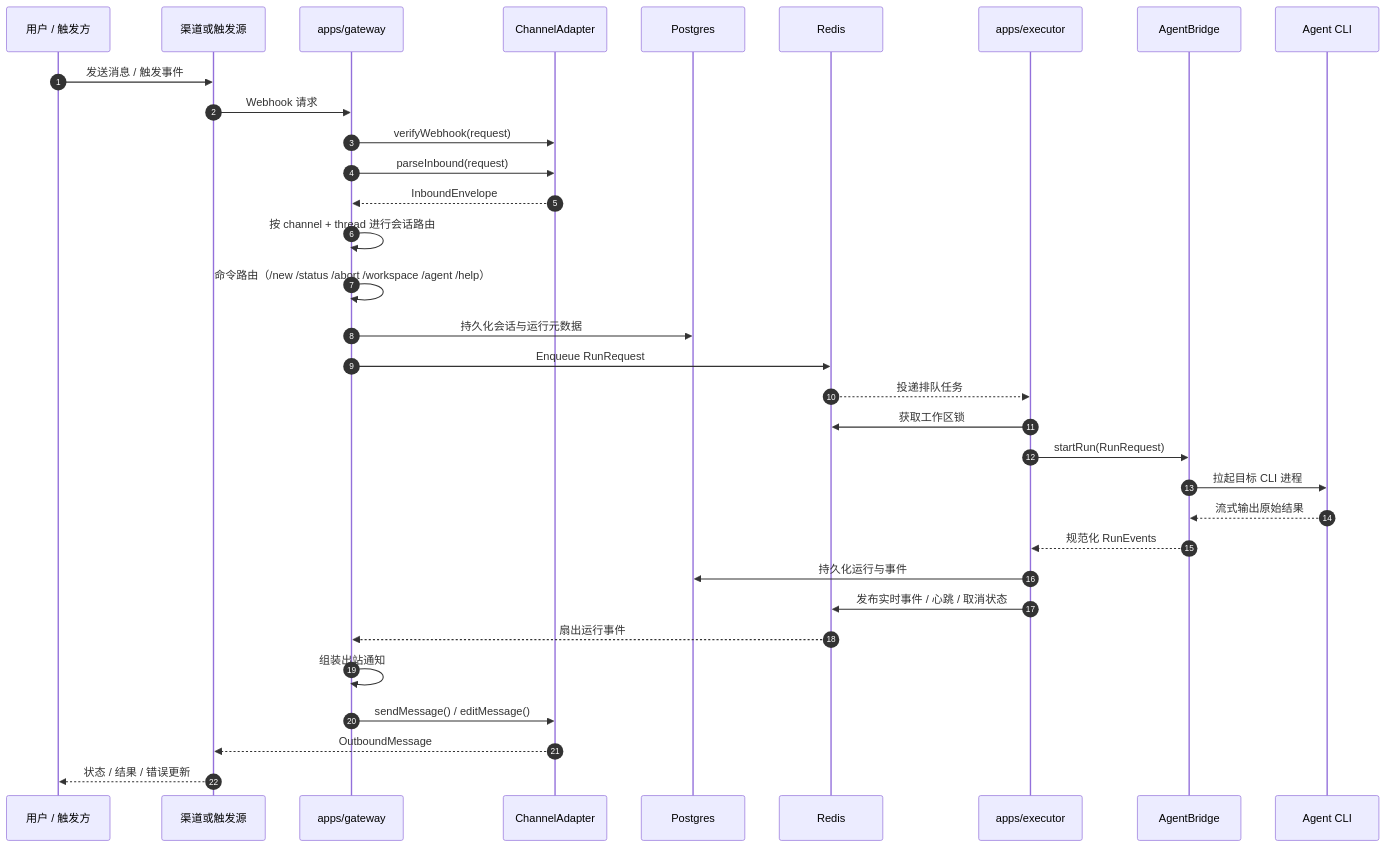
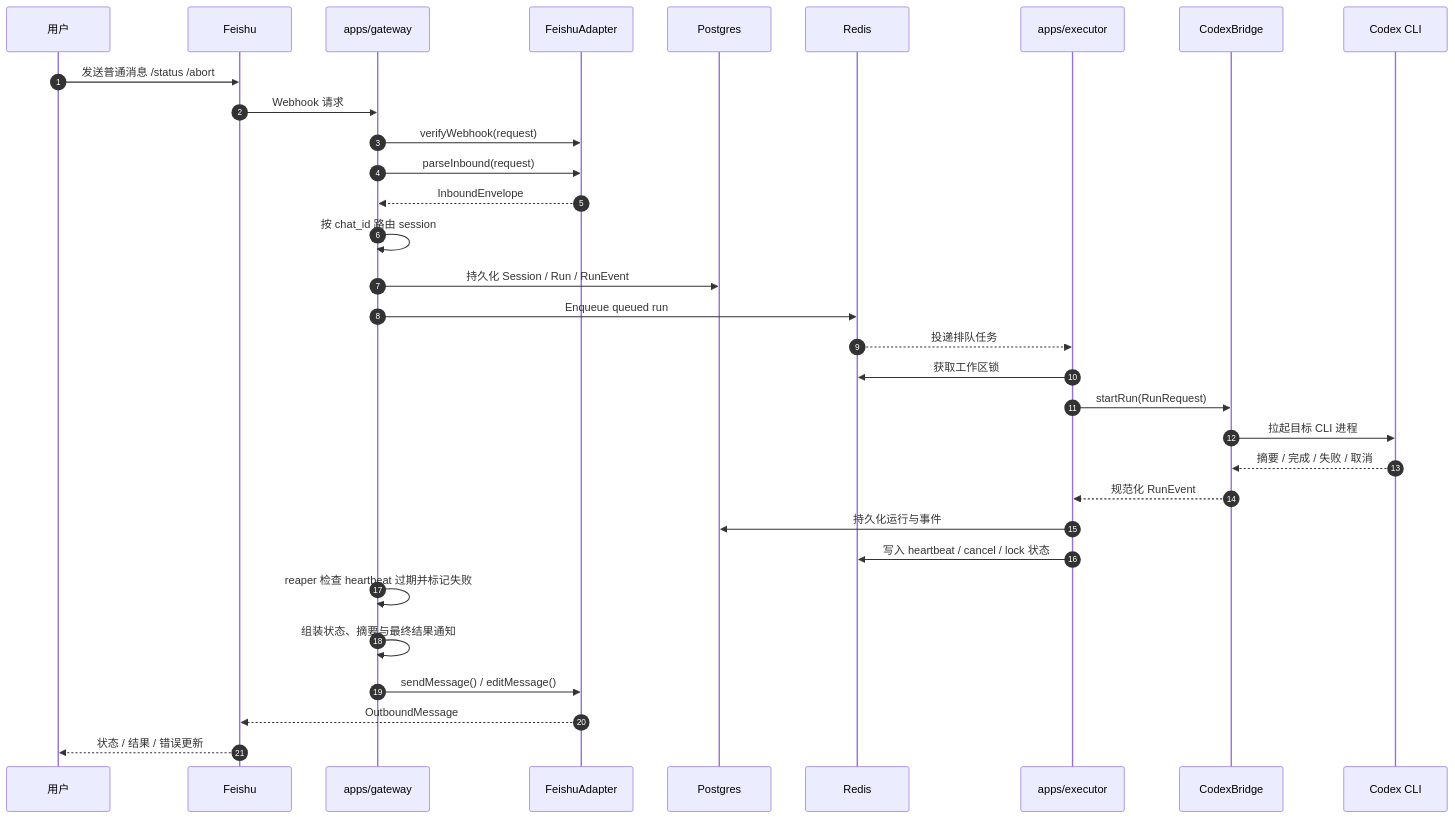
Before and after one commit to pipi-1997/carvis: the second of 2 diagrams in docs/architecture.md, drawn with Mermaid. The commit also changed other lines of this file and 61 other files, not shown here.

Commit message:
feat: implement feishu codex mvp run flow

````diff
--- a/docs/architecture.md
+++ b/docs/architecture.md
@@ -88,40 +76,39 @@
 ```mermaid
 sequenceDiagram
     autonumber
-    participant U as 用户 / 触发方
-    participant C as 渠道或触发源
+    participant U as 用户
+    participant C as Feishu
     participant G as apps/gateway
-    participant A as ChannelAdapter
+    participant A as FeishuAdapter
     participant P as Postgres
     participant R as Redis
     participant E as apps/executor
-    participant B as AgentBridge
-    participant X as Agent CLI
+    participant B as CodexBridge
+    participant X as Codex CLI
 
-    U->>C: 发送消息 / 触发事件
+    U->>C: 发送普通消息 /status /abort
     C->>G: Webhook 请求
     G->>A: verifyWebhook(request)
     G->>A: parseInbound(request)
     A-->>G: InboundEnvelope
 
-    G->>G: 按 channel + thread 进行会话路由
-    G->>G: 命令路由（/new /status /abort /workspace /agent /help）
-    G->>P: 持久化会话与运行元数据
-    G->>R: Enqueue RunRequest
+    G->>G: 按 chat_id 路由 session
+    G->>P: 持久化 Session / Run / RunEvent
+    G->>R: Enqueue queued run
 
     R-->>E: 投递排队任务
     E->>R: 获取工作区锁
     E->>B: startRun(RunRequest)
     B->>X: 拉起目标 CLI 进程
-    X-->>B: 流式输出原始结果
-    B-->>E: 规范化 RunEvents
+    X-->>B: 摘要 / 完成 / 失败 / 取消
+    B-->>E: 规范化 RunEvent
 
     E->>P: 持久化运行与事件
-    E->>R: 发布实时事件 / 心跳 / 取消状态
-    R-->>G: 扇出运行事件
+    E->>R: 写入 heartbeat / cancel / lock 状态
+    G->>G: reaper 检查 heartbeat 过期并标记失败
 
-    G->>G: 组装出站通知
+    G->>G: 组装状态、摘要与最终结果通知
     G->>A: sendMessage() / editMessage()
     A-->>C: OutboundMessage
     C-->>U: 状态 / 结果 / 错误更新
 ```
````
